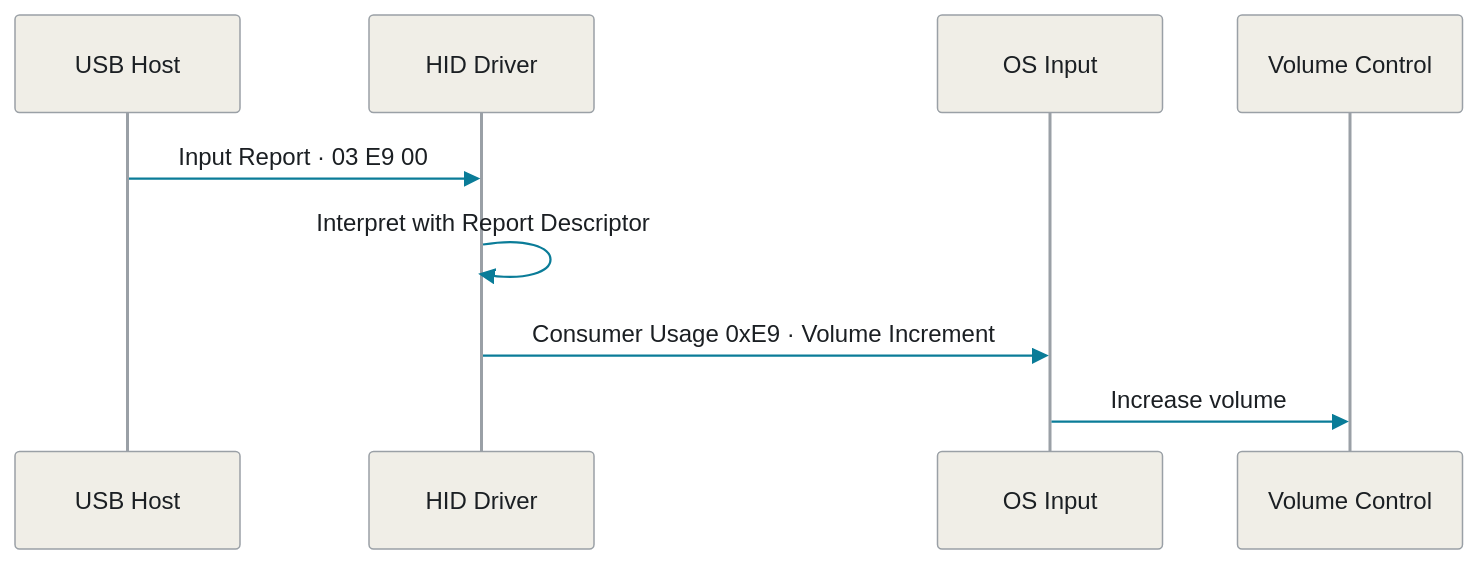
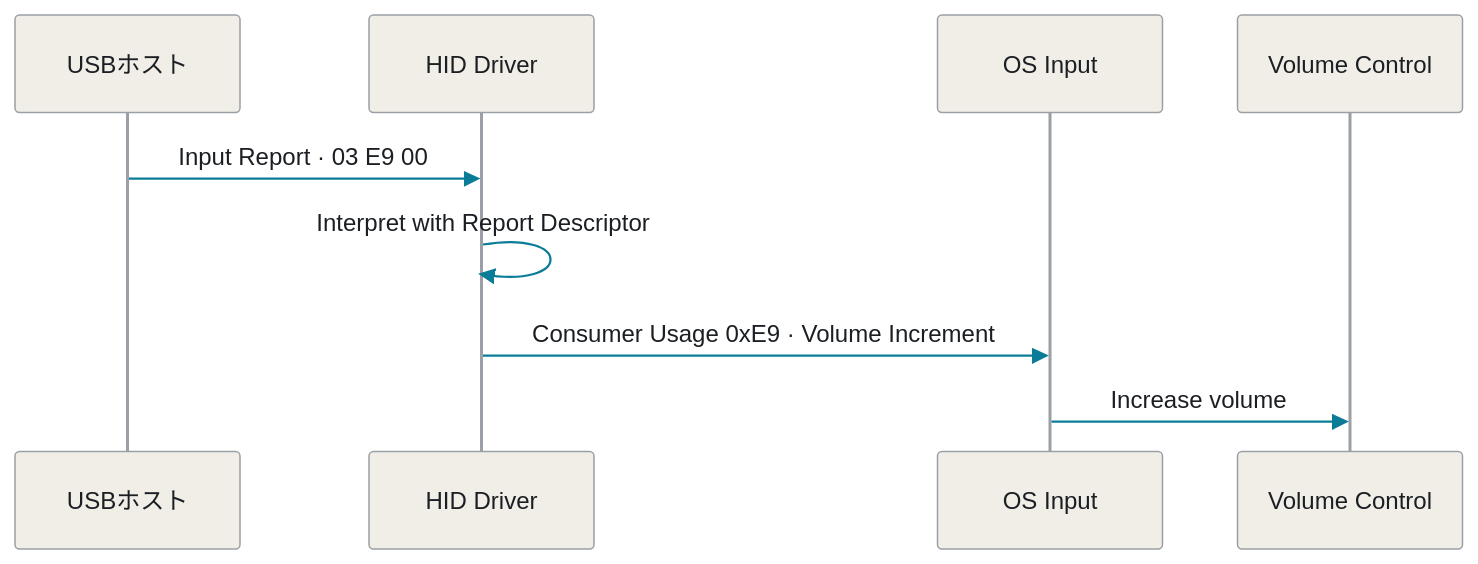
One commit to rin2yh/slides changed the diagram in slides/diagrams/understanding-hid-through-tinygo/seq-host.mmd. Above: the diagram before and after it, drawn with Mermaid. The commit also changed 4 other files, not shown here.

Commit message:
Standardize USB host terminology

```diff
--- a/slides/diagrams/understanding-hid-through-tinygo/seq-host.mmd
+++ b/slides/diagrams/understanding-hid-through-tinygo/seq-host.mmd
@@ -1,11 +1,11 @@
 %%{init: {"theme":"base","fontFamily":"Hiragino Sans, sans-serif","themeVariables":{"primaryColor":"#f0eee7","primaryTextColor":"#1b1f23","primaryBorderColor":"#9aa0a6","lineColor":"#0a7c98","secondaryColor":"#fbfaf7","tertiaryColor":"#fbfaf7","fontSize":"18px","actorBkg":"#f0eee7","actorBorder":"#9aa0a6","actorTextColor":"#1b1f23","signalColor":"#0a7c98","signalTextColor":"#1b1f23","noteBkgColor":"#d9eef2","noteTextColor":"#1b1f23","noteBorderColor":"#0a7c98"}}}%%
 sequenceDiagram
-  participant HOST as USB Host
+  participant HOST as USBホスト
   participant HID as HID Driver
   participant OS as OS Input
   participant VOL as Volume Control
 
   HOST->>HID: Input Report · 03 E9 00
   HID->>HID: Interpret with Report Descriptor
   HID->>OS: Consumer Usage 0xE9 · Volume Increment
   OS->>VOL: Increase volume
```
